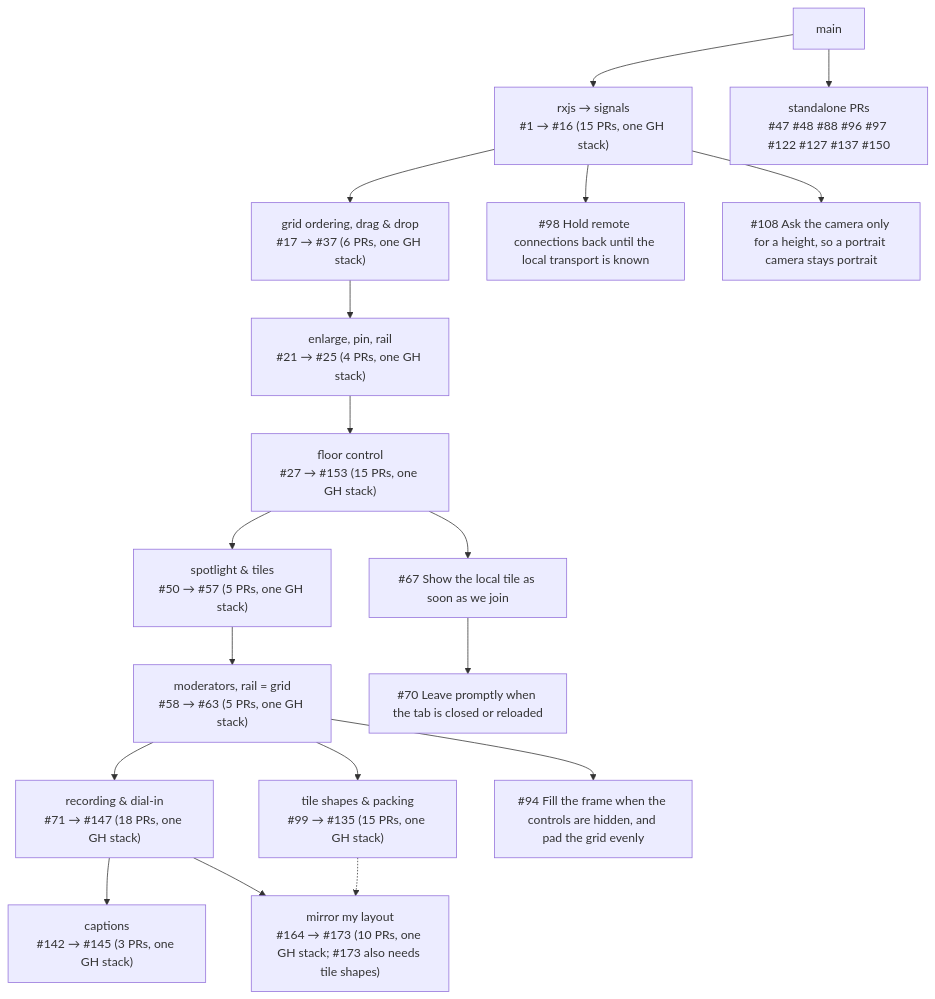
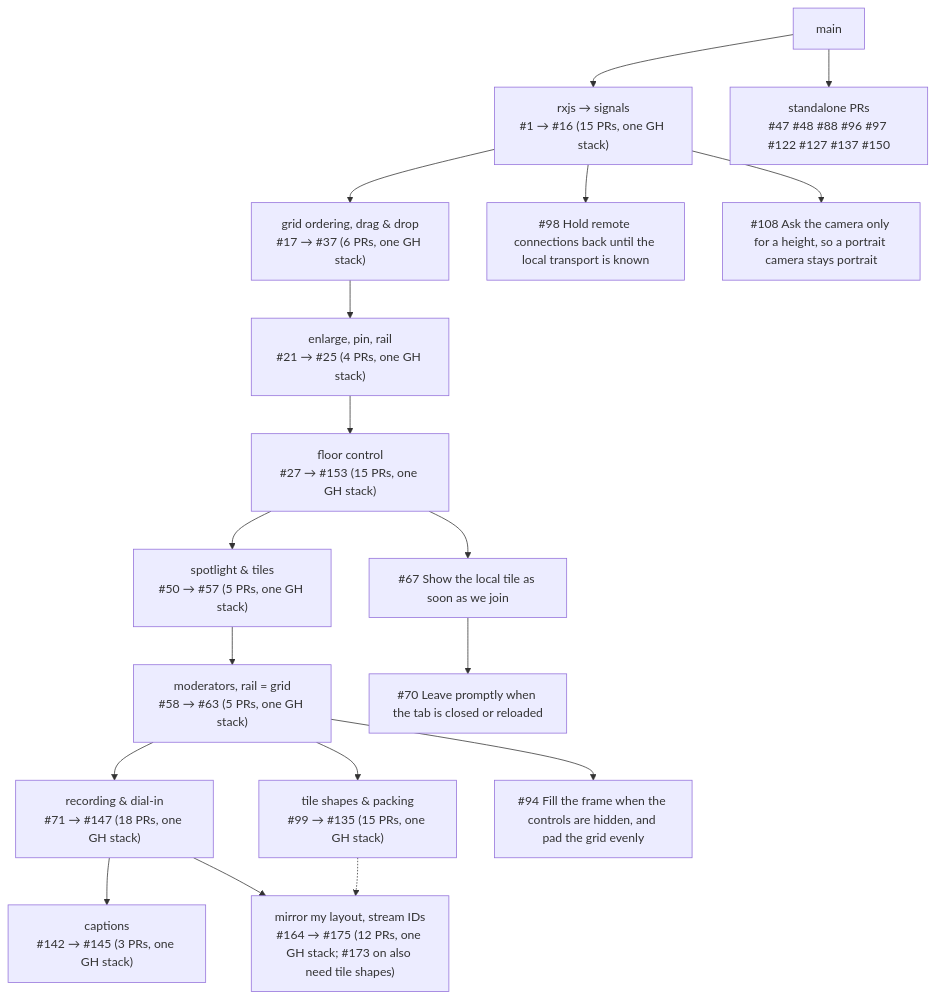
The diagram in docs/experiment_stack.md (MaximilianGaedig/element-call), drawn with Mermaid before and after one commit. The commit also changed other lines of this file, not shown here.

Commit message:
Stack overview: #174 names media streams by a stable ID, #175 moderates shares and single streams

````diff
--- a/docs/experiment_stack.md
+++ b/docs/experiment_stack.md
@@ -21,37 +21,37 @@
 ```mermaid
 graph TD
   main[main]
   foundation["rxjs → signals<br/>#1 → #16 (15 PRs, one GH stack)"]
   main --> foundation
   drag["grid ordering, drag & drop<br/>#17 → #37 (6 PRs, one GH stack)"]
   foundation --> drag
   spotlight["enlarge, pin, rail<br/>#21 → #25 (4 PRs, one GH stack)"]
   drag --> spotlight
   floor["floor control<br/>#27 → #153 (15 PRs, one GH stack)"]
   spotlight --> floor
   spotlight2["spotlight & tiles<br/>#50 → #57 (5 PRs, one GH stack)"]
   floor --> spotlight2
   floor2["moderators, rail = grid<br/>#58 → #63 (5 PRs, one GH stack)"]
   spotlight2 --> floor2
   recording["recording & dial-in<br/>#71 → #147 (18 PRs, one GH stack)"]
   floor2 --> recording
   captions["captions<br/>#142 → #145 (3 PRs, one GH stack)"]
   recording --> captions
-  mirror["mirror my layout<br/>#164 → #173 (10 PRs, one GH stack; #173 also needs tile shapes)"]
+  mirror["mirror my layout, stream IDs<br/>#164 → #175 (12 PRs, one GH stack; #173 on also need tile shapes)"]
   recording --> mirror
   shapes -.-> mirror
   shapes["tile shapes & packing<br/>#99 → #135 (15 PRs, one GH stack)"]
   floor2 --> shapes
   pr67["#67 Show the local tile as soon as we join"]
   floor --> pr67
   pr70["#70 Leave promptly when the tab is closed or reloaded"]
   pr67 --> pr70
   pr94["#94 Fill the frame when the controls are hidden, and pad the grid evenly"]
   floor2 --> pr94
   pr98["#98 Hold remote connections back until the local transport is known"]
   foundation --> pr98
   pr108["#108 Ask the camera only for a height, so a portrait camera stays portrait"]
   foundation --> pr108
   standalone["standalone PRs<br/>#47 #48 #88 #96 #97 #122 #127 #137 #150"]
   main --> standalone
 ```
````
